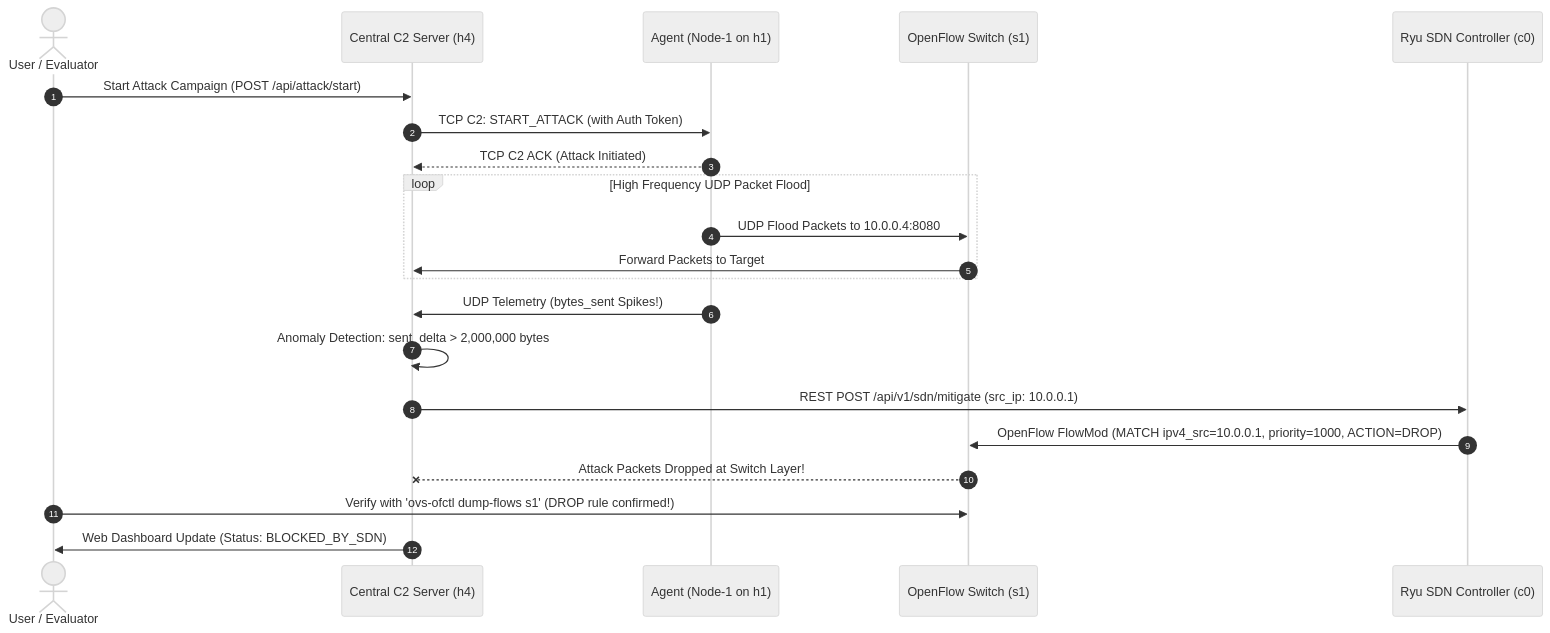
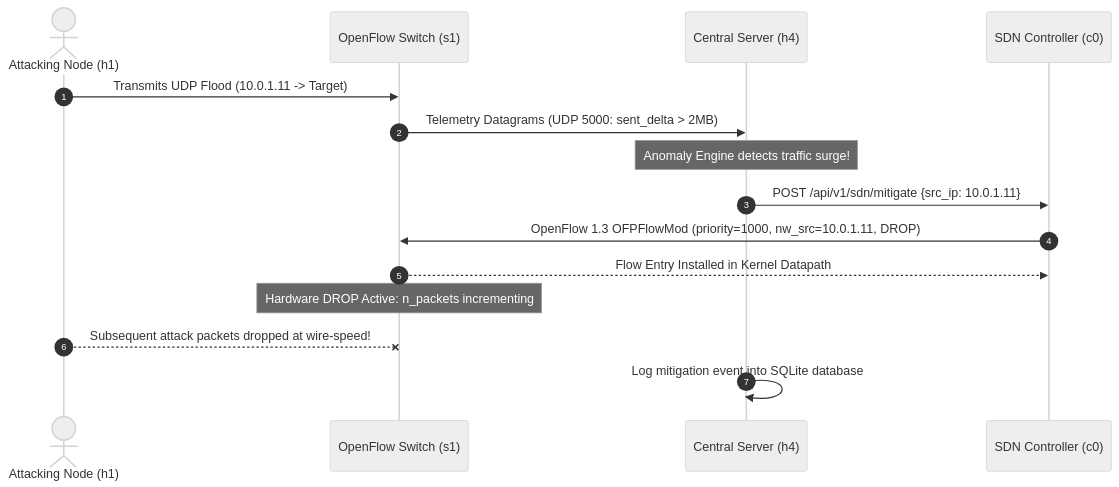
One commit to EchoOfCode/CN-REMOTE-NETWORK-MONITORING-SYSTEM changed the second of 3 diagrams in architecture.md. Above: the diagram before and after it, drawn with Mermaid (neutral theme). The commit also changed other lines of this file and 12 other files, not shown here.

````diff
--- a/architecture.md
+++ b/architecture.md
@@ -131,28 +211,18 @@
 ```mermaid
 sequenceDiagram
     autonumber
-    actor Admin as User / Evaluator
-    participant Server as Central C2 Server (h4)
-    participant Agent1 as Agent (Node-1 on h1)
+    actor Attacker as Attacking Node (h1)
     participant Switch as OpenFlow Switch (s1)
-    participant Ryu as Ryu SDN Controller (c0)
+    participant Monitor as Central Server (h4)
+    participant SDN as SDN Controller (c0)
 
-    Admin->>Server: Start Attack Campaign (POST /api/attack/start)
-    Server->>Agent1: TCP C2: START_ATTACK (with Auth Token)
-    Agent1-->>Server: TCP C2 ACK (Attack Initiated)
-    
-    loop High Frequency UDP Packet Flood
-        Agent1->>Switch: UDP Flood Packets to 10.0.0.4:8080
-        Switch->>Server: Forward Packets to Target
-    end
-
-    Agent1->>Server: UDP Telemetry (bytes_sent Spikes!)
-    
-    Server->>Server: Anomaly Detection: sent_delta > 2,000,000 bytes
-    Server->>Ryu: REST POST /api/v1/sdn/mitigate (src_ip: 10.0.0.1)
-    Ryu->>Switch: OpenFlow FlowMod (MATCH ipv4_src=10.0.0.1, priority=1000, ACTION=DROP)
-    Switch--xServer: Attack Packets Dropped at Switch Layer!
-
-    Admin->>Switch: Verify with 'ovs-ofctl dump-flows s1' (DROP rule confirmed!)
-    Server->>Admin: Web Dashboard Update (Status: BLOCKED_BY_SDN)
+    Attacker->>Switch: Transmits UDP Flood (10.0.1.11 -> Target)
+    Switch->>Monitor: Telemetry Datagrams (UDP 5000: sent_delta > 2MB)
+    Note over Monitor: Anomaly Engine detects traffic surge!
+    Monitor->>SDN: POST /api/v1/sdn/mitigate {src_ip: 10.0.1.11}
+    SDN->>Switch: OpenFlow 1.3 OFPFlowMod (priority=1000, nw_src=10.0.1.11, DROP)
+    Switch-->>SDN: Flow Entry Installed in Kernel Datapath
+    Note over Switch: Hardware DROP Active: n_packets incrementing
+    Attacker--xSwitch: Subsequent attack packets dropped at wire-speed!
+    Monitor->>Monitor: Log mitigation event into SQLite database
 ```
````
